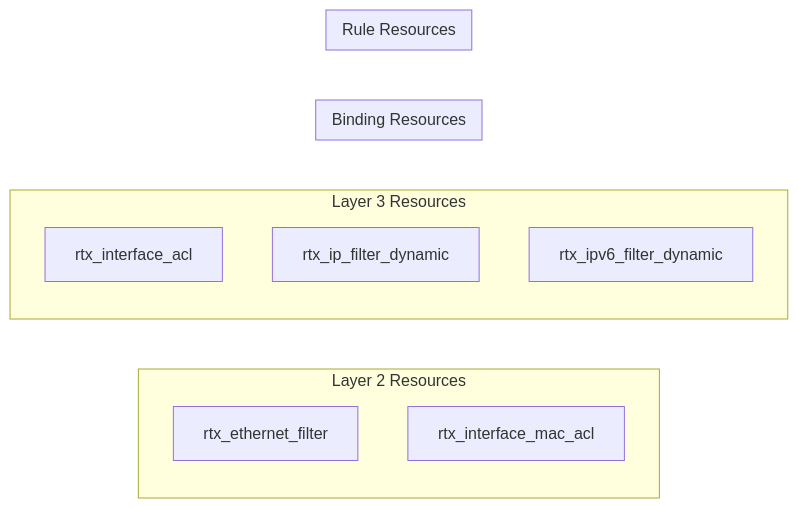
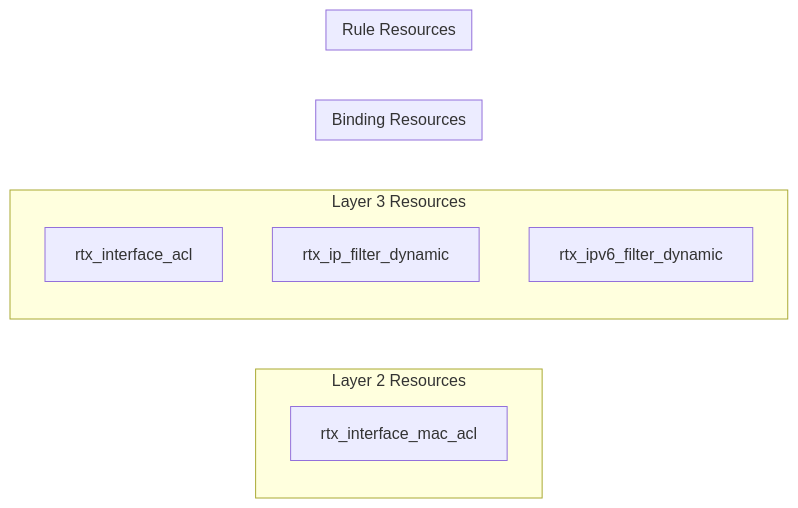
The second of 2 diagrams in .spec-workflow/master-specs/filter/design.md (shin1ohno/terraform-provider-rtx), drawn with Mermaid before and after one commit. The commit also changed other lines of this file and 7 other files, not shown here.

First line of the commit message:
filter: remove rtx_ethernet_filter resource

````diff
--- a/.spec-workflow/master-specs/filter/design.md
+++ b/.spec-workflow/master-specs/filter/design.md
@@ -95,24 +95,22 @@
 ```mermaid
 graph LR
     subgraph Layer 2 Resources
-        EF[rtx_ethernet_filter]
         IMACL[rtx_interface_mac_acl]
     end
 
     subgraph Layer 3 Resources
         IACL[rtx_interface_acl]
         IPFD[rtx_ip_filter_dynamic]
         IPv6FD[rtx_ipv6_filter_dynamic]
     end
 
     subgraph Binding Resources
         IACL
         IMACL
     end
 
     subgraph Rule Resources
-        EF
         IPFD
         IPv6FD
     end
 ```
````
